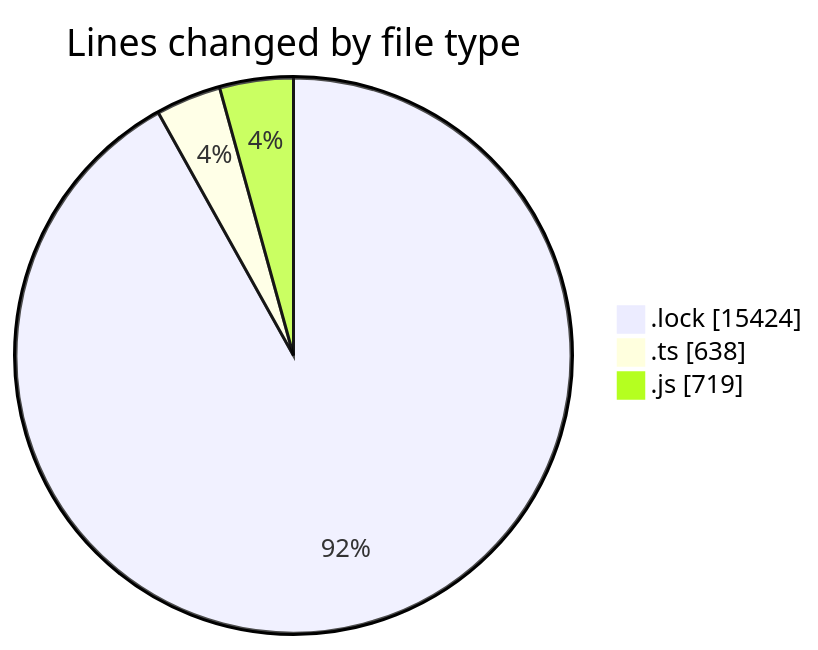
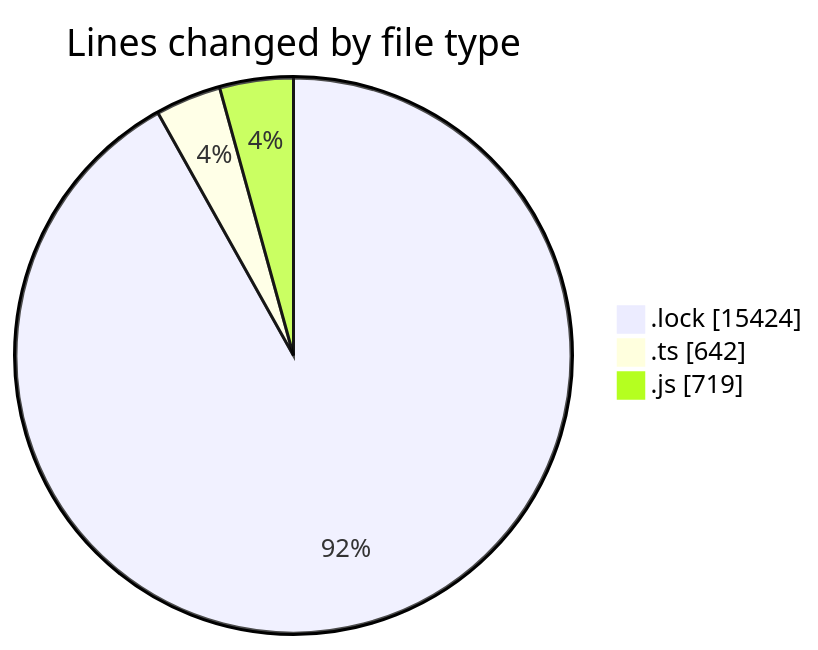
One commit to momahboobian/code-tracking changed the first of 2 diagrams in 2025-05-22/cda/README.md. Above: the diagram before and after it, drawn with Mermaid. The commit also changed other lines of this file and 1 other file, not shown here.

````diff
--- a/2025-05-22/cda/README.md
+++ b/2025-05-22/cda/README.md
@@ -25,7 +25,7 @@
 ```mermaid
 pie showData
 title Lines changed by file type
 ".lock" : 15424
-".ts" : 638
+".ts" : 642
 ".js" : 719
 ```
````
